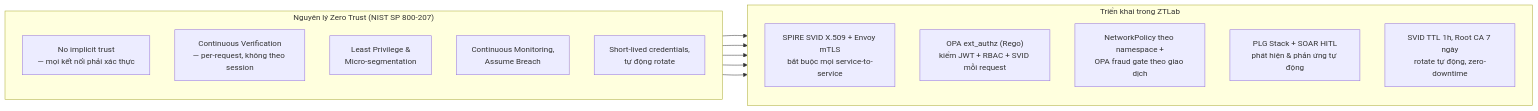
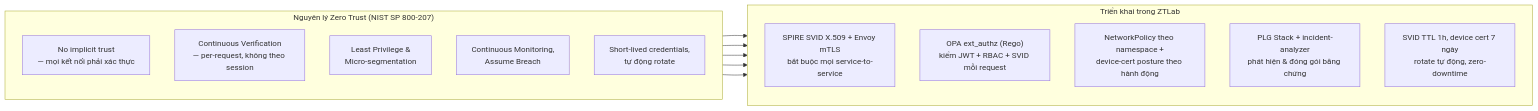
Before and after one commit to HoangBaoPhuoc/Zero-Trust-based-Security-Detection-and-Response: the first of 2 diagrams in README.md, drawn with Mermaid. The commit also changed other lines of this file and 3 other files, not shown here.

````diff
--- a/README.md
+++ b/README.md
@@ -58,24 +58,24 @@
 ```mermaid
 flowchart LR
     subgraph NT["Nguyên lý Zero Trust (NIST SP 800-207)"]
         direction TB
         T1["No implicit trust<br/>— mọi kết nối phải xác thực"]
         T2["Continuous Verification<br/>— per-request, không theo session"]
         T3["Least Privilege &<br/>Micro-segmentation"]
         T4["Continuous Monitoring,<br/>Assume Breach"]
         T5["Short-lived credentials,<br/>tự động rotate"]
     end
     subgraph ZT["Triển khai trong ZTLab"]
         direction TB
         I1["SPIRE SVID X.509 + Envoy mTLS<br/>bắt buộc mọi service-to-service"]
         I2["OPA ext_authz (Rego)<br/>kiểm JWT + RBAC + SVID mỗi request"]
-        I3["NetworkPolicy theo namespace +<br/>OPA fraud gate theo giao dịch"]
-        I4["PLG Stack + SOAR HITL<br/>phát hiện & phản ứng tự động"]
-        I5["SVID TTL 1h, Root CA 7 ngày<br/>rotate tự động, zero-downtime"]
+        I3["NetworkPolicy theo namespace +<br/>device-cert posture theo hành động"]
+        I4["PLG Stack + incident-analyzer<br/>phát hiện & đóng gói bằng chứng"]
+        I5["SVID TTL 1h, device cert 7 ngày<br/>rotate tự động, zero-downtime"]
     end
     T1 --> I1
     T2 --> I2
     T3 --> I3
     T4 --> I4
     T5 --> I5
 ```
````
